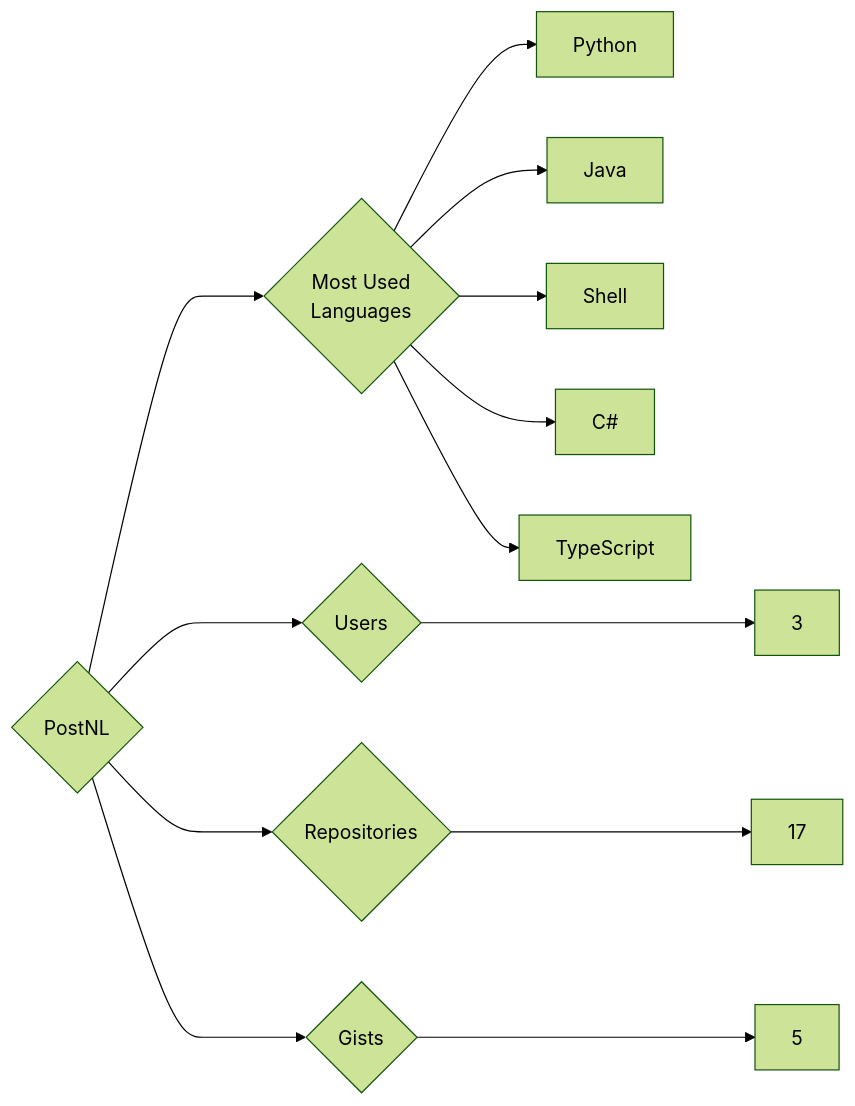
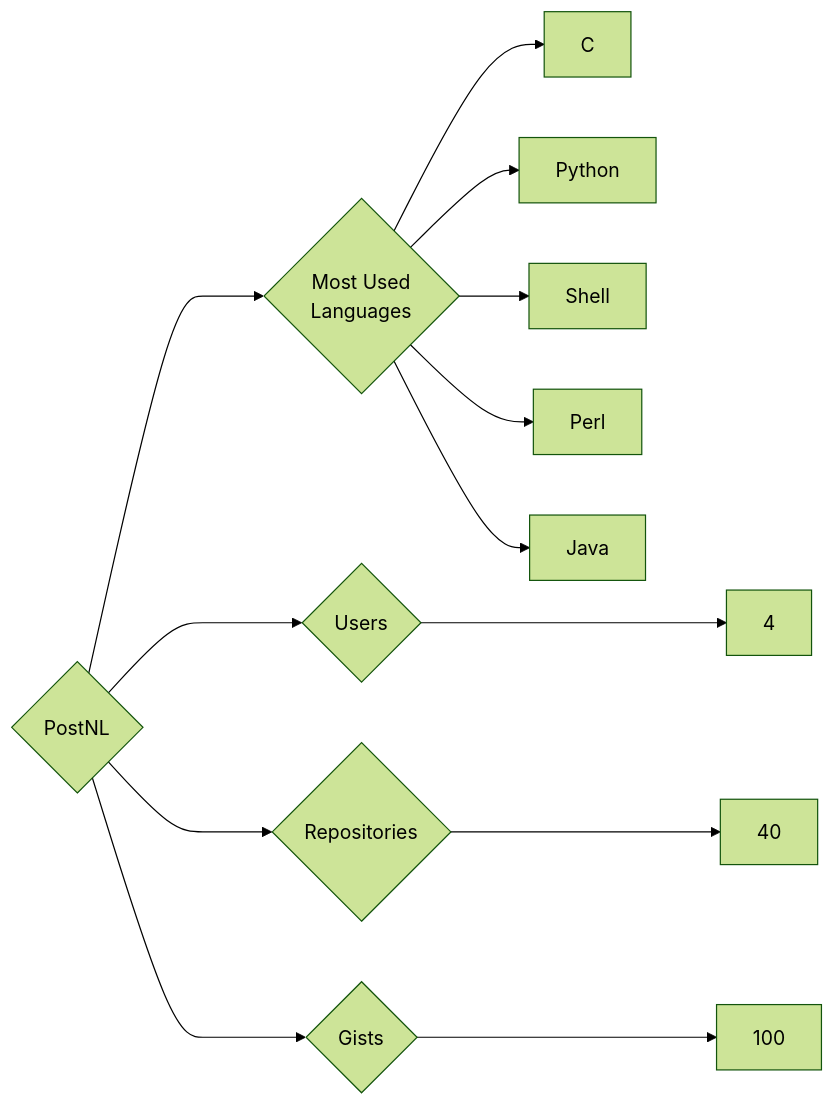
The diagram in targets/PostNL/README.md (trickest/insiders), drawn with Mermaid (forest theme) before and after one commit. The commit also changed 1479 other files, not shown here.

````diff
--- a/targets/PostNL/README.md
+++ b/targets/PostNL/README.md
@@ -3,13 +3,13 @@
 ```mermaid
 graph LR
 COMPANY_NAME{PostNL}
-COMPANY_NAME ---> U{Users} ---> UN[3]
-COMPANY_NAME ---> R{Repositories} ---> RN[17]
-COMPANY_NAME ---> G{Gists} ---> GN[5]
+COMPANY_NAME ---> U{Users} ---> UN[4]
+COMPANY_NAME ---> R{Repositories} ---> RN[40]
+COMPANY_NAME ---> G{Gists} ---> GN[100]
 COMPANY_NAME ---> ML{Most Used<br>Languages}
+ML --> C[C]
 ML --> Python[Python]
+ML --> Shell[Shell]
+ML --> Perl[Perl]
 ML --> Java[Java]
-ML --> Shell[Shell]
-ML --> C#[C#]
-ML --> TypeScript[TypeScript]
 ```
````
